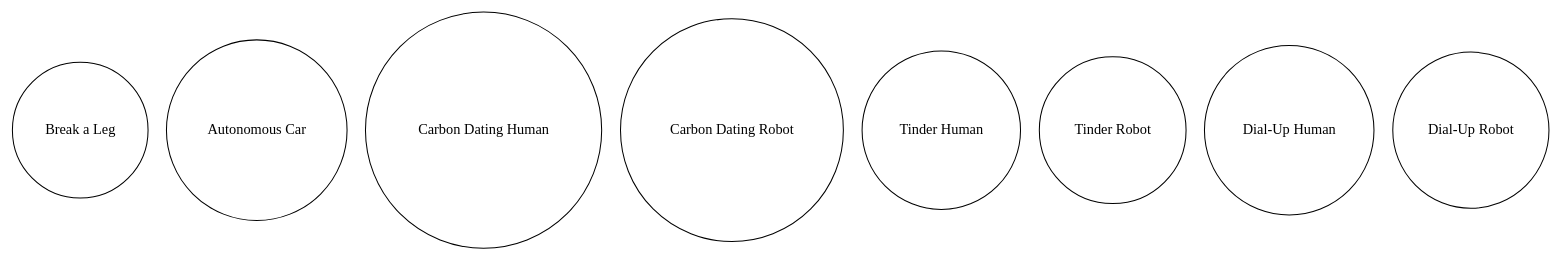
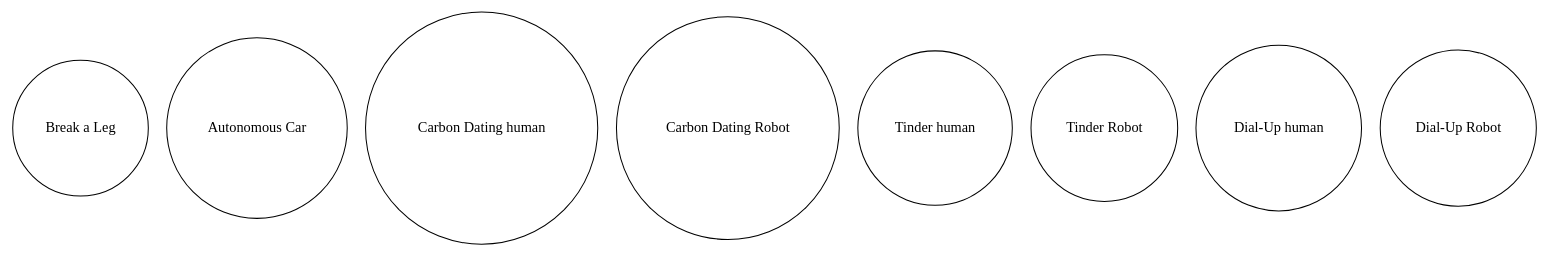
One commit to shinga/Making-an-Effective-Robot-Comedian changed the diagram in NAO/talikk/current/AI/unconnectedJokes.gv. Above: the diagram before and after it, drawn with Graphviz. The commit also changed 5 other files, not shown here.

```diff
--- a/NAO/talikk/current/AI/unconnectedJokes.gv
+++ b/NAO/talikk/current/AI/unconnectedJokes.gv
@@ -1,19 +1,19 @@
 digraph "Unconnected Jokes" {
 	node [shape=circle]
 	"Break a Leg
 "
 	"Autonomous Car
 "
-	"Carbon Dating Human
+	"Carbon Dating human
 "
 	"Carbon Dating Robot
 "
-	"Tinder Human
+	"Tinder human
 "
 	"Tinder Robot
 "
-	"Dial-Up Human
+	"Dial-Up human
 "
 	"Dial-Up Robot
 "
 }
```
